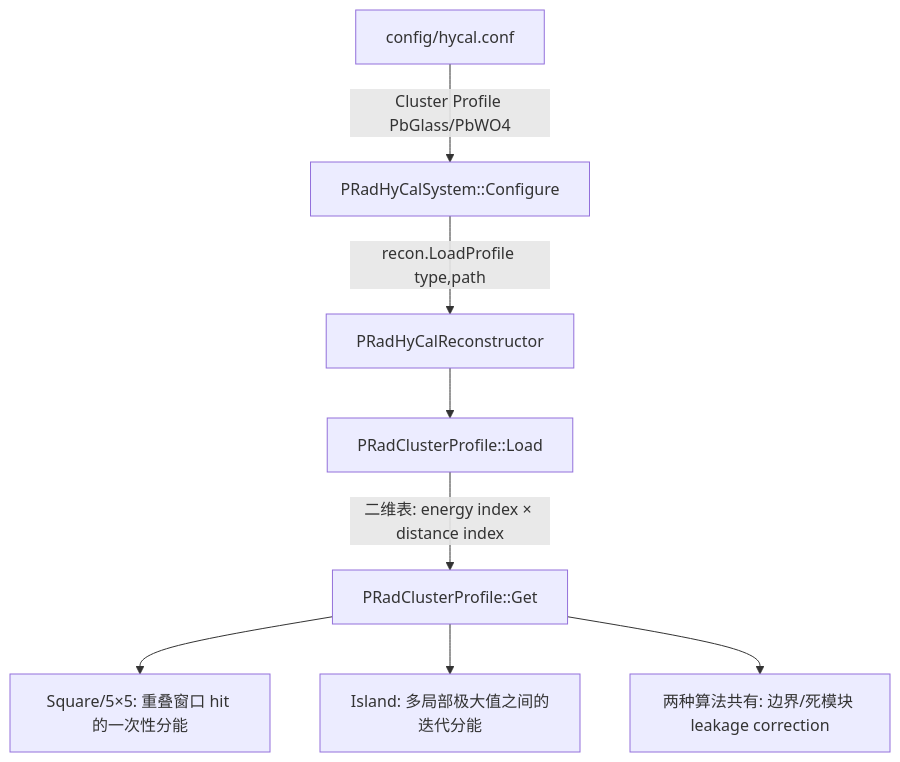
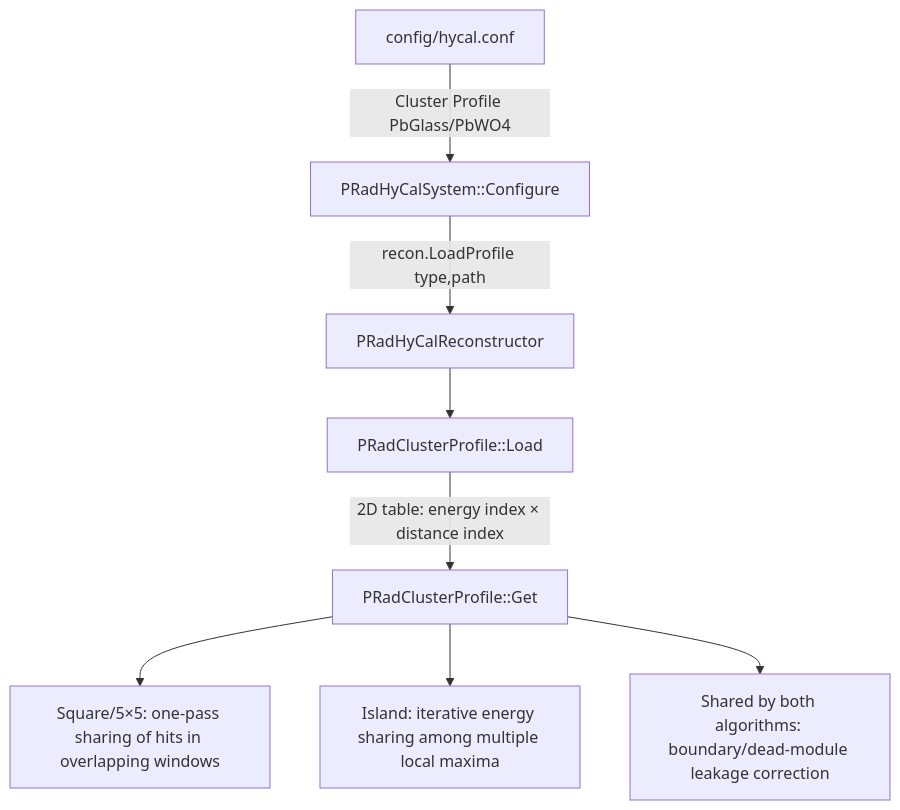
The first of 2 diagrams in docs/technical_notes/prad1_shower_profile.md (Chao1009/prad2evviewer), drawn with Mermaid before and after one commit. The commit also changed other lines of this file and 1 other file, not shown here.

````diff
--- a/docs/technical_notes/prad1_shower_profile.md
+++ b/docs/technical_notes/prad1_shower_profile.md
@@ -9,10 +9,10 @@
 ```mermaid
 flowchart TD
     A[config/hycal.conf] -->|Cluster Profile PbGlass/PbWO4| B[PRadHyCalSystem::Configure]
     B -->|recon.LoadProfile type,path| C[PRadHyCalReconstructor]
     C --> D[PRadClusterProfile::Load]
-    D -->|二维表: energy index × distance index| E[PRadClusterProfile::Get]
-    E --> F[Square/5×5: 重叠窗口 hit 的一次性分能]
-    E --> G[Island: 多局部极大值之间的迭代分能]
-    E --> H[两种算法共有: 边界/死模块 leakage correction]
+    D -->|2D table: energy index × distance index| E[PRadClusterProfile::Get]
+    E --> F[Square/5×5: one-pass sharing of hits in overlapping windows]
+    E --> G[Island: iterative energy sharing among multiple local maxima]
+    E --> H[Shared by both algorithms: boundary/dead-module leakage correction]
 ```
````
